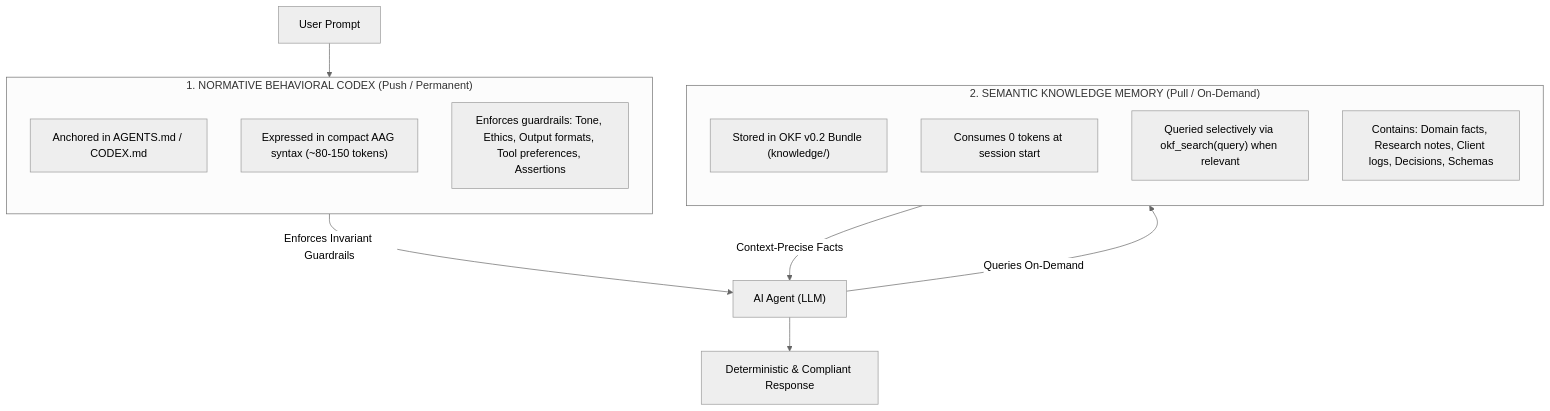
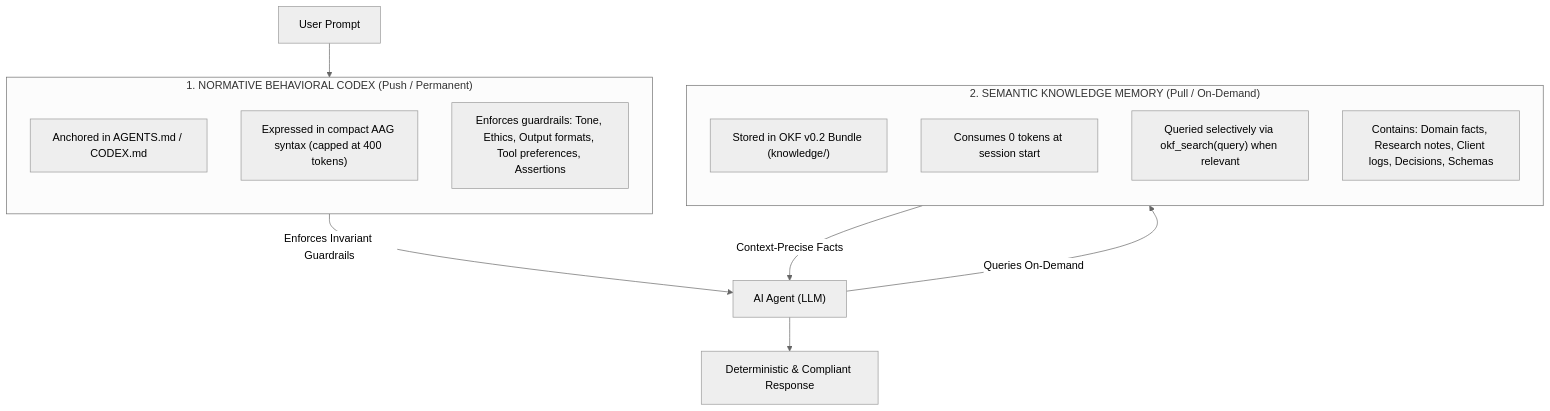
The first of 2 diagrams in docs/spec/DUAL_MEMORY_AGENT_ARCHITECTURE_RFC.md (passwordand/okf-agent-memory-cn), drawn with Mermaid (neutral theme) before and after one commit. The commit also changed other lines of this file and 91 other files, not shown here.

````diff
--- a/docs/spec/DUAL_MEMORY_AGENT_ARCHITECTURE_RFC.md
+++ b/docs/spec/DUAL_MEMORY_AGENT_ARCHITECTURE_RFC.md
@@ -25,23 +25,23 @@
 ```mermaid
 flowchart TD
     subgraph PUSH["1. NORMATIVE BEHAVIORAL CODEX (Push / Permanent)"]
         direction TB
         C1["Anchored in AGENTS.md / CODEX.md"]
-        C2["Expressed in compact AAG syntax (~80-150 tokens)"]
+        C2["Expressed in compact AAG syntax (capped at 400 tokens)"]
         C3["Enforces guardrails: Tone, Ethics, Output formats, Tool preferences, Assertions"]
     end
 
     subgraph PULL["2. SEMANTIC KNOWLEDGE MEMORY (Pull / On-Demand)"]
         direction TB
         O1["Stored in OKF v0.2 Bundle (knowledge/)"]
         O2["Consumes 0 tokens at session start"]
         O3["Queried selectively via okf_search(query) when relevant"]
         O4["Contains: Domain facts, Research notes, Client logs, Decisions, Schemas"]
     end
 
     INPUT["User Prompt"] --> PUSH
     PUSH -->|Enforces Invariant Guardrails| AGENT["AI Agent (LLM)"]
     AGENT -->|Queries On-Demand| PULL
     PULL -->|Context-Precise Facts| AGENT
     AGENT --> OUTPUT["Deterministic & Compliant Response"]
 ```
````
